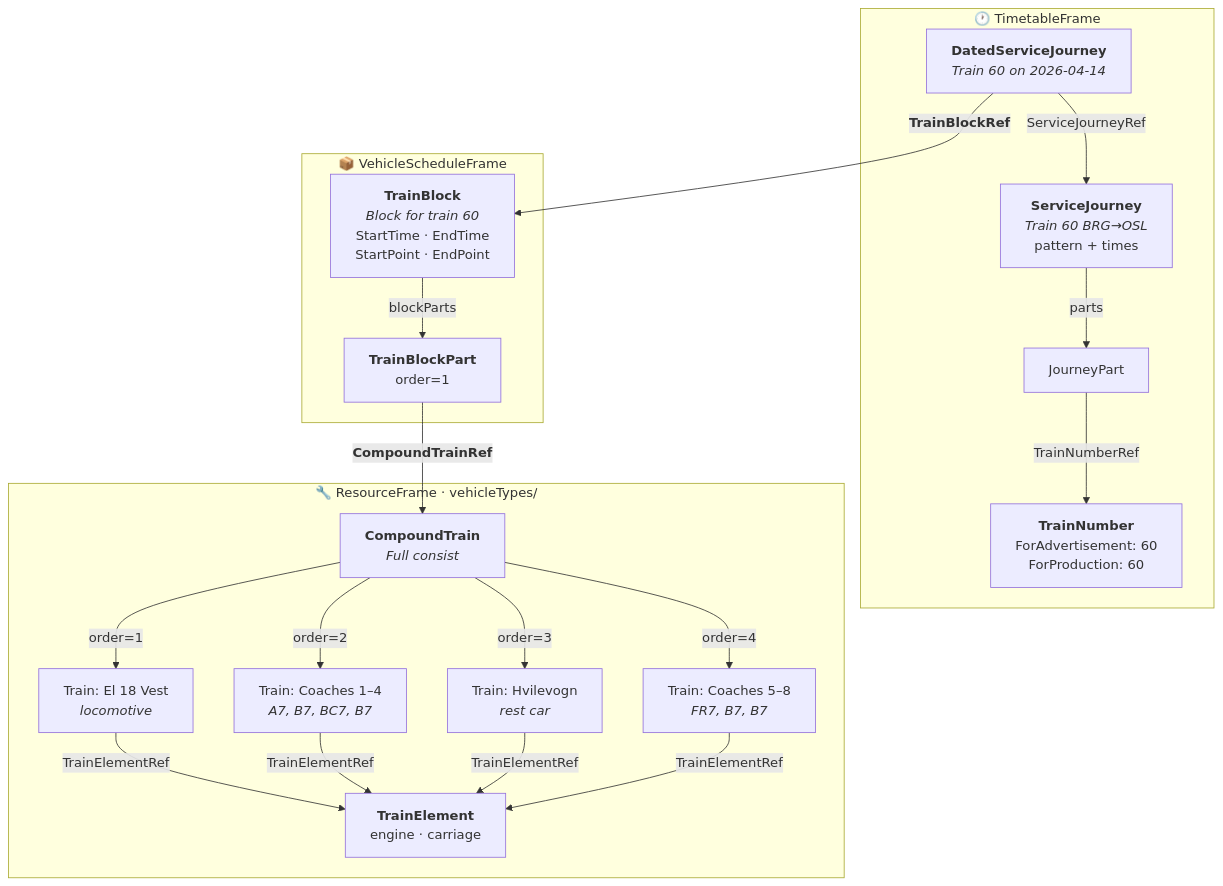
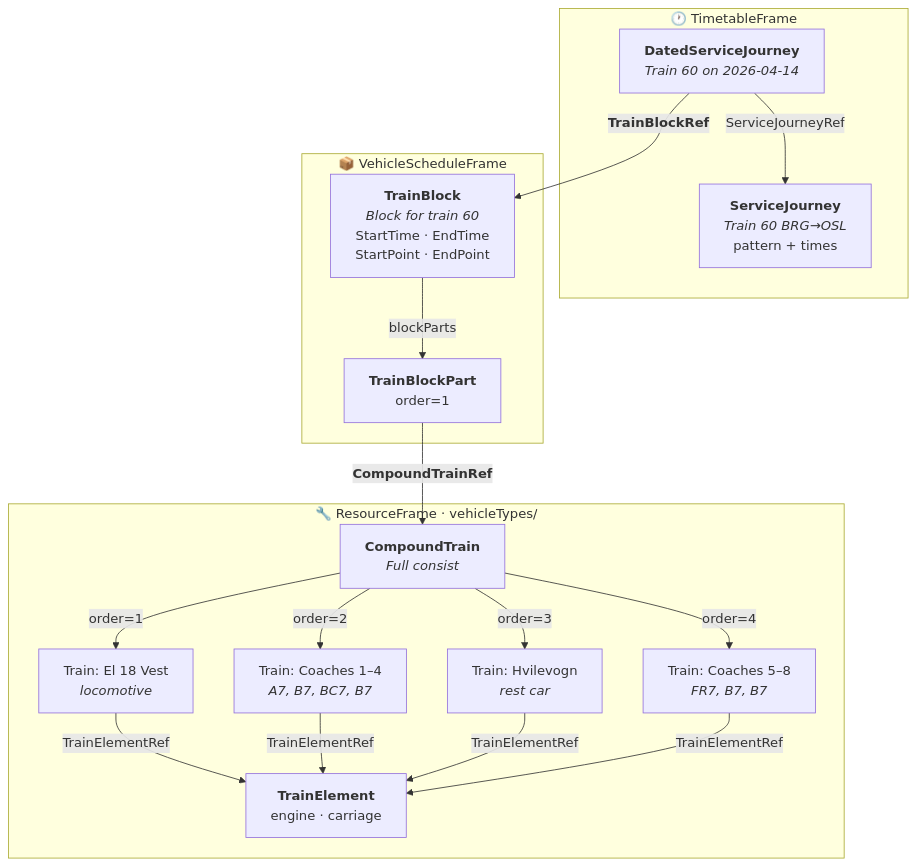
One commit to hfjelstad/Profile_Documentation_v2 changed the diagram in Guides/RollingStock/RollingStock_Guide.md. Above: the diagram before and after it, drawn with Mermaid. The commit also changed other lines of this file and 1 other file, not shown here.

First line of the commit message:
refactor: replace TrainNumber with PublicCode + privateCodes OTN pattern

````diff
--- a/Guides/RollingStock/RollingStock_Guide.md
+++ b/Guides/RollingStock/RollingStock_Guide.md
@@ -26,42 +26,38 @@
 ```mermaid
 graph TD
   %% ── TimetableFrame ──────────────────────────────────────────
   subgraph TimetableFrame["🕐 TimetableFrame"]
     SJ["<b>ServiceJourney</b><br/><i>Train 60 BRG→OSL</i><br/>pattern + times"]
     DSJ["<b>DatedServiceJourney</b><br/><i>Train 60 on 2026-04-14</i>"]
-    JP["JourneyPart"]
-    TN["<b>TrainNumber</b><br/>ForAdvertisement: 60<br/>ForProduction: 60"]
   end
 
   %% ── VehicleScheduleFrame ────────────────────────────────────
   subgraph VehicleScheduleFrame["📦 VehicleScheduleFrame"]
     TB["<b>TrainBlock</b><br/><i>Block for train 60</i><br/>StartTime · EndTime<br/>StartPoint · EndPoint"]
     TBP["<b>TrainBlockPart</b><br/>order=1"]
   end
 
   %% ── ResourceFrame ──────────────────────────────────────────
   subgraph ResourceFrame["🔧 ResourceFrame · vehicleTypes/"]
     CT["<b>CompoundTrain</b><br/><i>Full consist</i>"]
     T1["Train: El 18 Vest<br/><i>locomotive</i>"]
     T2["Train: Coaches 1–4<br/><i>A7, B7, BC7, B7</i>"]
     T3["Train: Hvilevogn<br/><i>rest car</i>"]
     T4["Train: Coaches 5–8<br/><i>FR7, B7, B7</i>"]
     TE["<b>TrainElement</b><br/>engine · carriage"]
   end
 
   %% ── Links ──────────────────────────────────────────────────
   DSJ -->|ServiceJourneyRef| SJ
   DSJ -->|"<b>TrainBlockRef</b>"| TB
-  SJ -->|parts| JP
-  JP -->|TrainNumberRef| TN
   TB -->|blockParts| TBP
   TBP -->|"<b>CompoundTrainRef</b>"| CT
   CT -->|"order=1"| T1
   CT -->|"order=2"| T2
   CT -->|"order=3"| T3
   CT -->|"order=4"| T4
   T1 -->|TrainElementRef| TE
   T2 -->|TrainElementRef| TE
   T3 -->|TrainElementRef| TE
   T4 -->|TrainElementRef| TE
 ```
````
